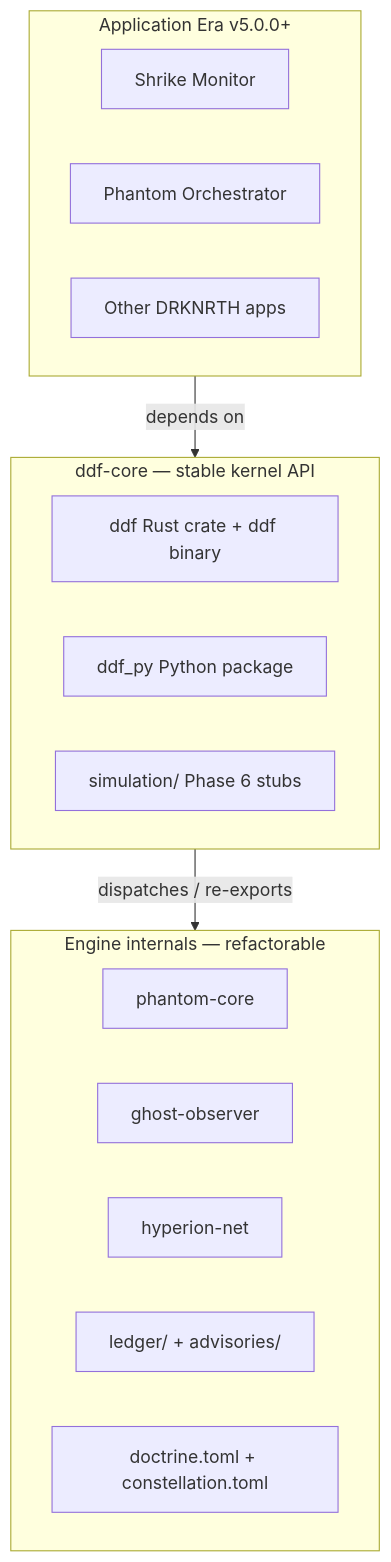
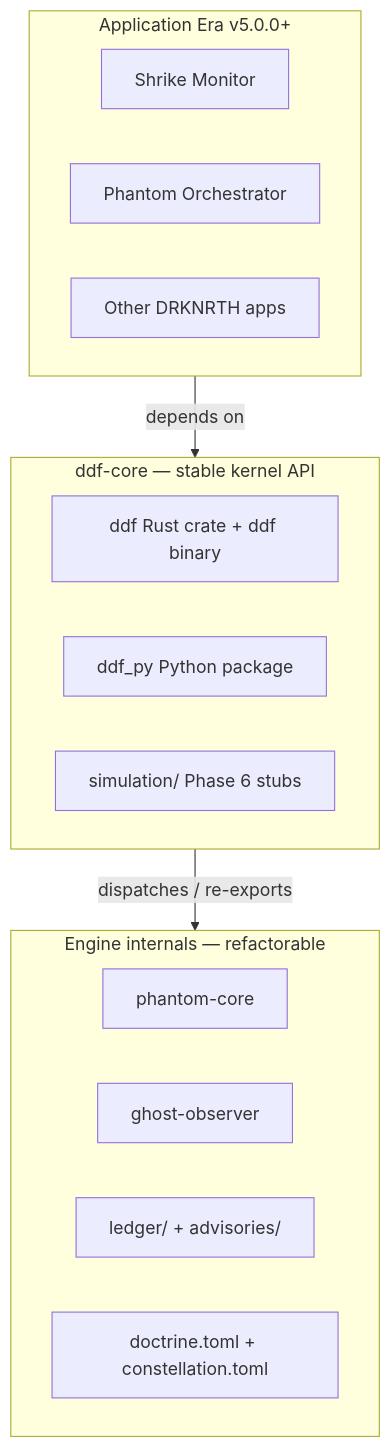
One commit to darknorthaco/DDFramework changed the second of 5 diagrams in docs/VISUAL_LAYERS.md. Above: the diagram before and after it, drawn with Mermaid. The commit also changed other lines of this file and 13 other files, not shown here.

````diff
--- a/docs/VISUAL_LAYERS.md
+++ b/docs/VISUAL_LAYERS.md
@@ -48,22 +46,21 @@
 ```mermaid
 flowchart TB
   subgraph apps["Application Era v5.0.0+"]
     A1[Shrike Monitor]
     A2[Phantom Orchestrator]
     A3[Other DRKNRTH apps]
   end
   subgraph kernel["ddf-core — stable kernel API"]
     K1["ddf Rust crate + ddf binary"]
     K2["ddf_py Python package"]
     K3["simulation/ Phase 6 stubs"]
   end
   subgraph internal["Engine internals — refactorable"]
     I1[phantom-core]
     I2[ghost-observer]
-    I3[hyperion-net]
-    I4["ledger/ + advisories/"]
-    I5[doctrine.toml + constellation.toml]
+    I3["ledger/ + advisories/"]
+    I4[doctrine.toml + constellation.toml]
   end
   apps -->|depends on| kernel
   kernel -->|dispatches / re-exports| internal
 ```
````
